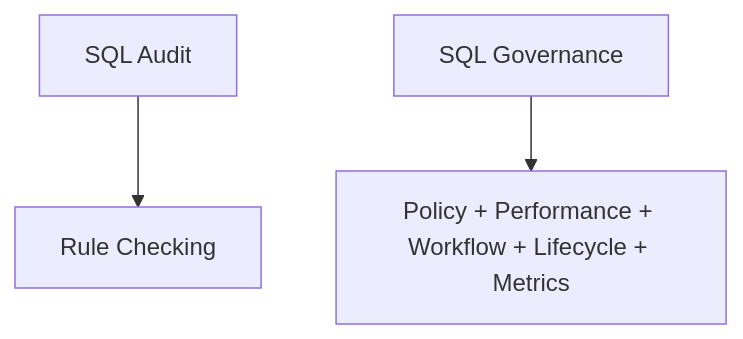
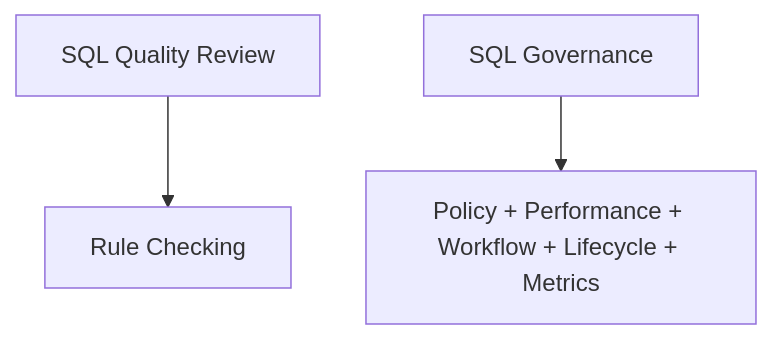
Before and after one commit to PawSQL/pawsql-docs-mantlify: diagram 16 of 21 in docs/en/use-cases/enterprise-sql-governance.mdx, drawn with Mermaid. The commit also changed other lines of this file and 143 other files, not shown here.

````diff
--- a/docs/en/use-cases/enterprise-sql-governance.mdx
+++ b/docs/en/use-cases/enterprise-sql-governance.mdx
@@ -997,5 +997,5 @@
 ```mermaid
 flowchart TD
-    A["SQL Audit"] --> B["Rule Checking"]
+    A["SQL Quality Review"] --> B["Rule Checking"]
     C["SQL Governance"] --> D["Policy + Performance + Workflow + Lifecycle + Metrics"]
 ```
````
